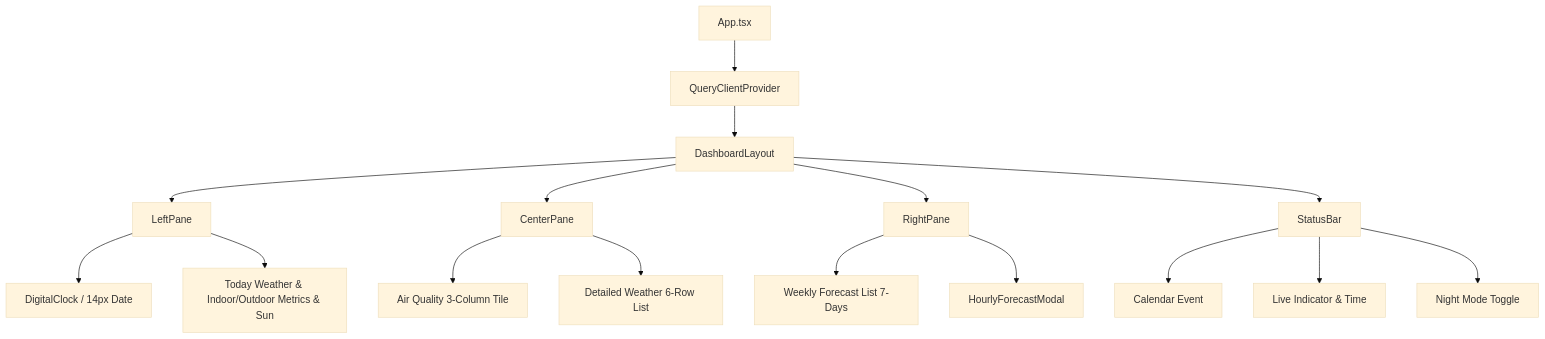
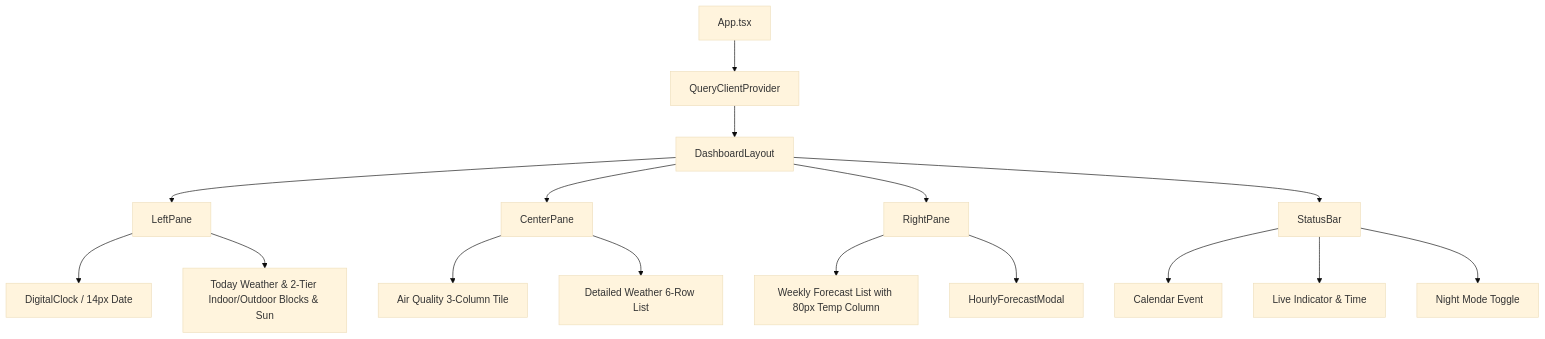
Before and after one commit to YuukiTerui/daily-station: the diagram in DESIGN.md, drawn with Mermaid (base theme). The commit also changed other lines of this file and 2 other files, not shown here.

Commit message:
feat: optimize 2-tier metrics block and expand temp column to fix crowded units

````diff
--- a/DESIGN.md
+++ b/DESIGN.md
@@ -109,22 +104,22 @@
 ```mermaid
 graph TD
     App[App.tsx] --> QC[QueryClientProvider]
     QC --> DL[DashboardLayout]
     DL --> LP[LeftPane]
     DL --> CP[CenterPane]
     DL --> RP[RightPane]
     DL --> SB[StatusBar]
 
     LP --> Clock[DigitalClock / 14px Date]
-    LP --> IntegratedWeather[Today Weather & Indoor/Outdoor Metrics & Sun]
+    LP --> IntegratedWeather[Today Weather & 2-Tier Indoor/Outdoor Blocks & Sun]
 
     CP --> AirQualityTile[Air Quality 3-Column Tile]
     CP --> WeatherList[Detailed Weather 6-Row List]
 
-    RP --> WeeklyList[Weekly Forecast List 7-Days]
+    RP --> WeeklyList[Weekly Forecast List with 80px Temp Column]
     RP --> Modal[HourlyForecastModal]
 
     SB --> CalendarSummary[Calendar Event]
     SB --> RefreshStatus[Live Indicator & Time]
     SB --> NightToggle[Night Mode Toggle]
 ```
````
